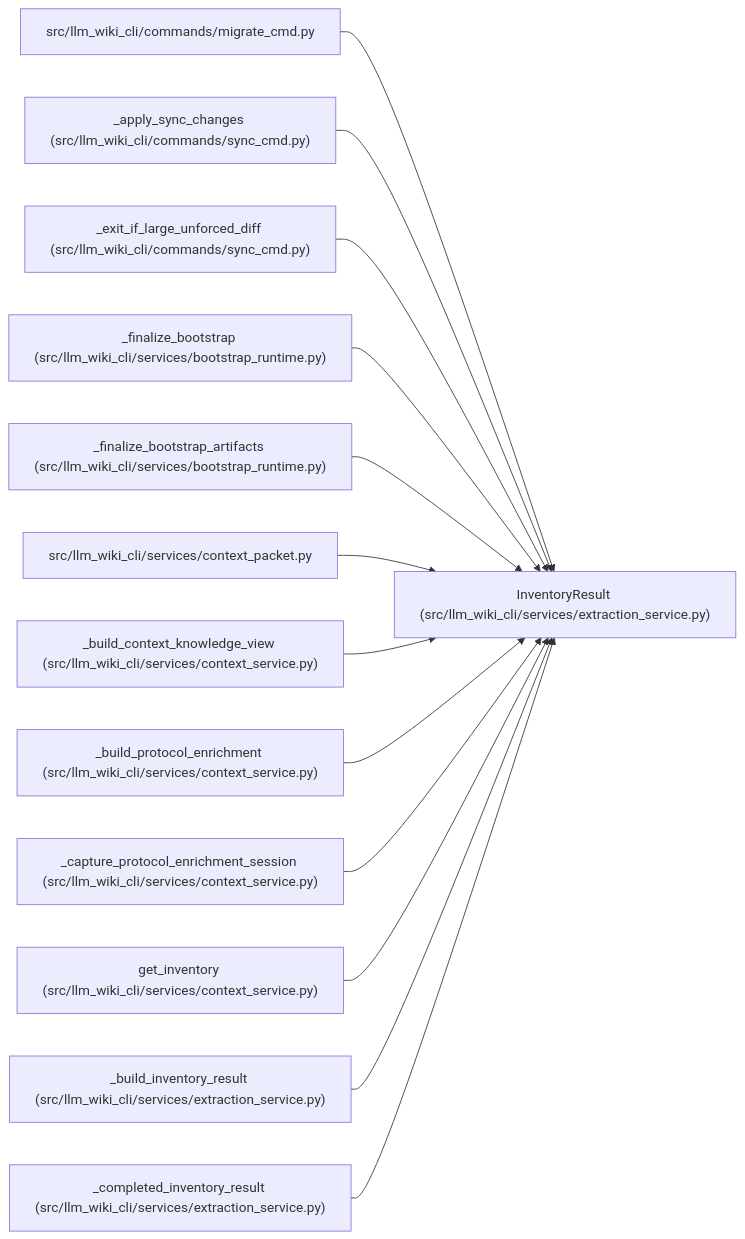
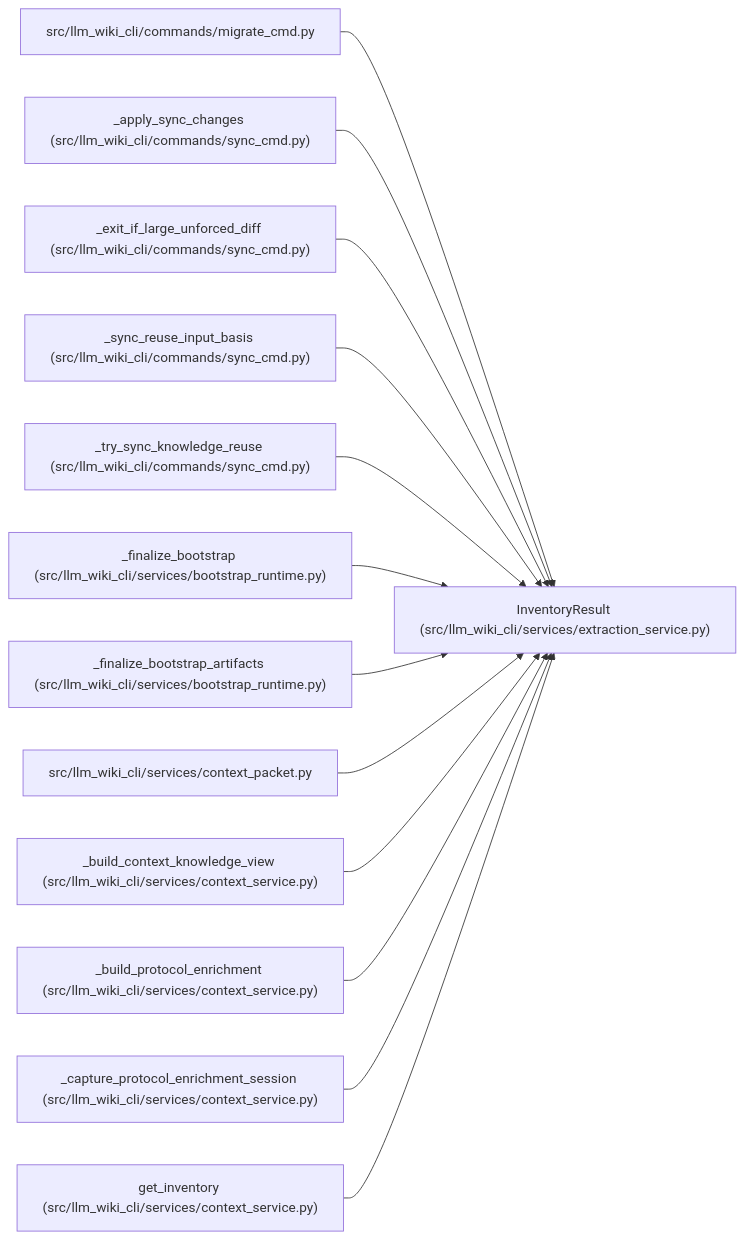
Before and after one commit to Denissvgn/python-wiki-llm: the diagram in docs/llm_wiki/entities/InventoryResult.md, drawn with Mermaid. The commit also changed other lines of this file and 240 other files, not shown here.

Commit message:
docs: refresh wiki for validated runtime updates

````diff
--- a/docs/llm_wiki/entities/InventoryResult.md
+++ b/docs/llm_wiki/entities/InventoryResult.md
@@ -45,41 +45,41 @@
 ```mermaid
 flowchart LR
     n0["InventoryResult (src/llm_wiki_cli/services/extraction_service.py)"]
     n1["src/llm_wiki_cli/commands/migrate_cmd.py"]
     n2["_apply_sync_changes (src/llm_wiki_cli/commands/sync_cmd.py)"]
     n3["_exit_if_large_unforced_diff (src/llm_wiki_cli/commands/sync_cmd.py)"]
-    n4["_finalize_bootstrap (src/llm_wiki_cli/services/bootstrap_runtime.py)"]
-    n5["_finalize_bootstrap_artifacts (src/llm_wiki_cli/services/bootstrap_runtime.py)"]
-    n6["src/llm_wiki_cli/services/context_packet.py"]
-    n7["_build_context_knowledge_view (src/llm_wiki_cli/services/context_service.py)"]
-    n8["_build_protocol_enrichment (src/llm_wiki_cli/services/context_service.py)"]
-    n9["_capture_protocol_enrichment_session (src/llm_wiki_cli/services/context_service.py)"]
-    n10["get_inventory (src/llm_wiki_cli/services/context_service.py)"]
-    n11["_build_inventory_result (src/llm_wiki_cli/services/extraction_service.py)"]
-    n12["_completed_inventory_result (src/llm_wiki_cli/services/extraction_service.py)"]
+    n4["_sync_reuse_input_basis (src/llm_wiki_cli/commands/sync_cmd.py)"]
+    n5["_try_sync_knowledge_reuse (src/llm_wiki_cli/commands/sync_cmd.py)"]
+    n6["_finalize_bootstrap (src/llm_wiki_cli/services/bootstrap_runtime.py)"]
+    n7["_finalize_bootstrap_artifacts (src/llm_wiki_cli/services/bootstrap_runtime.py)"]
+    n8["src/llm_wiki_cli/services/context_packet.py"]
+    n9["_build_context_knowledge_view (src/llm_wiki_cli/services/context_service.py)"]
+    n10["_build_protocol_enrichment (src/llm_wiki_cli/services/context_service.py)"]
+    n11["_capture_protocol_enrichment_session (src/llm_wiki_cli/services/context_service.py)"]
+    n12["get_inventory (src/llm_wiki_cli/services/context_service.py)"]
     n1 --> n0
     n2 --> n0
     n3 --> n0
     n4 --> n0
     n5 --> n0
     n6 --> n0
     n7 --> n0
     n8 --> n0
     n9 --> n0
     n10 --> n0
     n11 --> n0
     n12 --> n0
     click n0 "../modules/extraction_service.md"
     click n1 "../modules/migrate_cmd.md"
     click n2 "../modules/sync_cmd.md"
     click n3 "../modules/sync_cmd.md"
-    click n4 "../modules/bootstrap_runtime.md"
-    click n5 "../modules/bootstrap_runtime.md"
-    click n6 "../modules/context_packet.md"
-    click n7 "../modules/context_service.md"
-    click n8 "../modules/context_service.md"
+    click n4 "../modules/sync_cmd.md"
+    click n5 "../modules/sync_cmd.md"
+    click n6 "../modules/bootstrap_runtime.md"
+    click n7 "../modules/bootstrap_runtime.md"
+    click n8 "../modules/context_packet.md"
     click n9 "../modules/context_service.md"
     click n10 "../modules/context_service.md"
-    click n11 "../modules/extraction_service.md"
-    click n12 "../modules/extraction_service.md"
+    click n11 "../modules/context_service.md"
+    click n12 "../modules/context_service.md"
 ```
````
